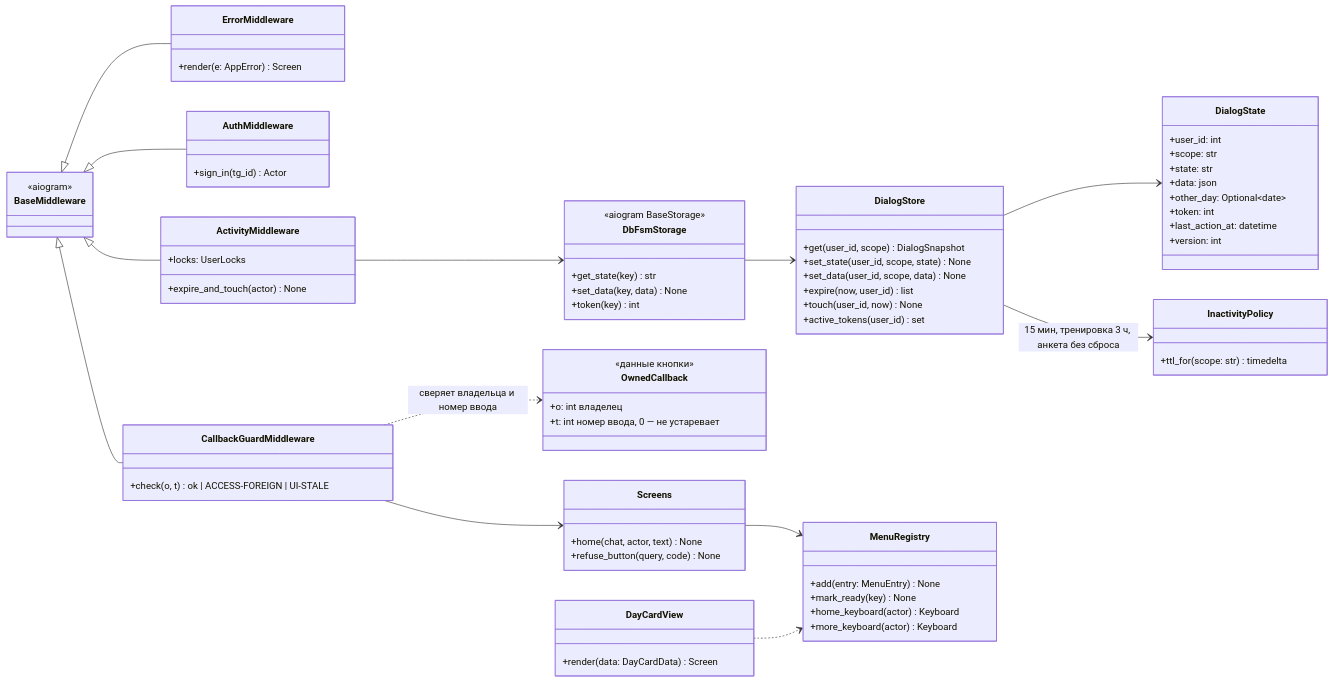
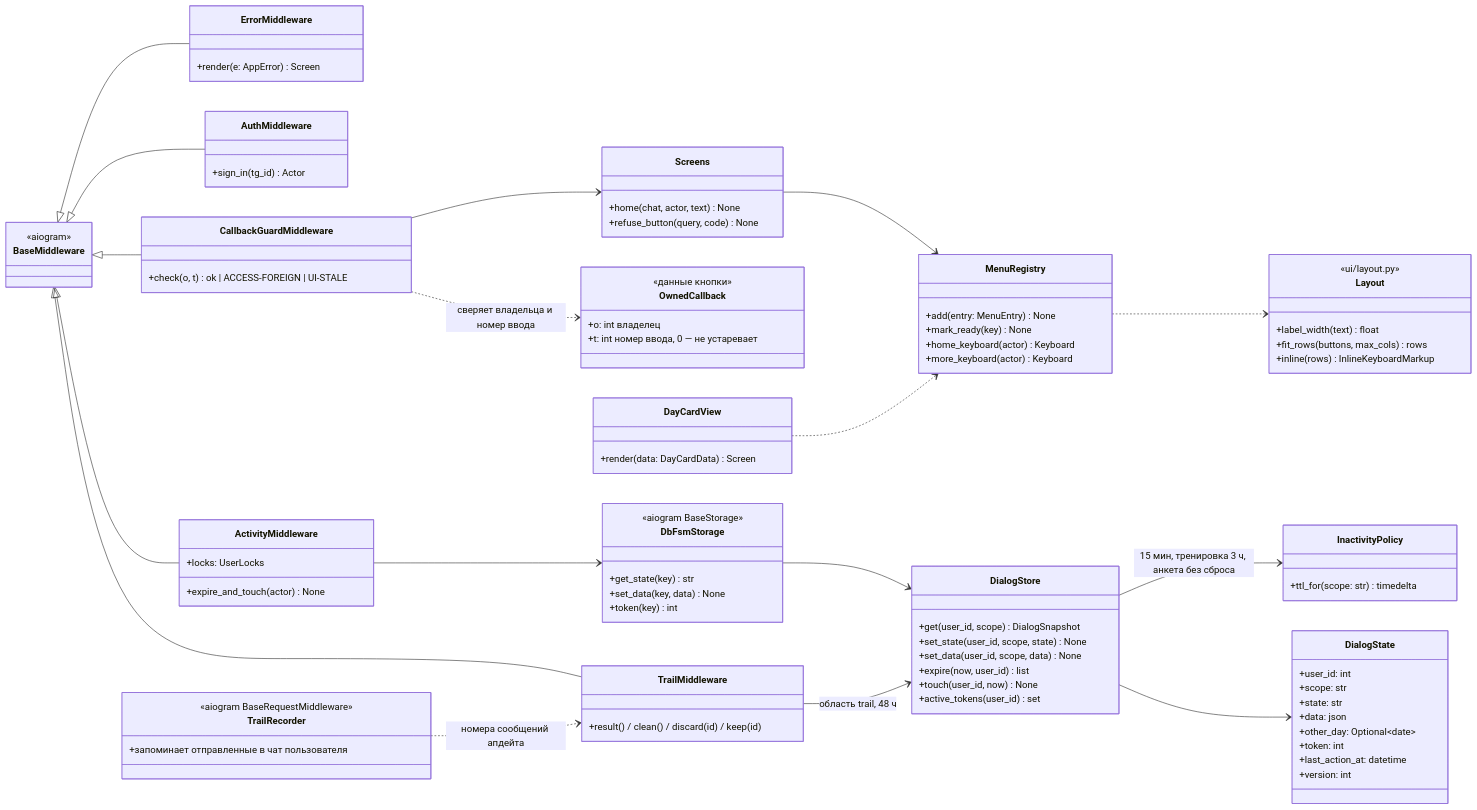
One commit to egorkudd/habit-bot changed the seventh of 13 diagrams in docs/architecture.md. Above: the diagram before and after it, drawn with Mermaid. The commit also changed other lines of this file and 38 other files, not shown here.

````diff
--- a/docs/architecture.md
+++ b/docs/architecture.md
@@ -633,6 +634,19 @@
   class DayCardView {
     +render(data: DayCardData) Screen
   }
+  class Layout {
+    <<ui/layout.py>>
+    +label_width(text) float
+    +fit_rows(buttons, max_cols) rows
+    +inline(rows) InlineKeyboardMarkup
+  }
+  class TrailMiddleware {
+    +result() / clean() / discard(id) / keep(id)
+  }
+  class TrailRecorder {
+    <<aiogram BaseRequestMiddleware>>
+    +запоминает отправленные в чат пользователя
+  }
 
   BaseMiddleware <|-- ErrorMiddleware
   BaseMiddleware <|-- AuthMiddleware
@@ -646,4 +660,8 @@
   CallbackGuardMiddleware --> Screens
   Screens --> MenuRegistry
   DayCardView ..> MenuRegistry
+  BaseMiddleware <|-- TrailMiddleware
+  TrailMiddleware --> DialogStore : область trail, 48 ч
+  TrailRecorder ..> TrailMiddleware : номера сообщений апдейта
+  MenuRegistry ..> Layout
 ```
````
